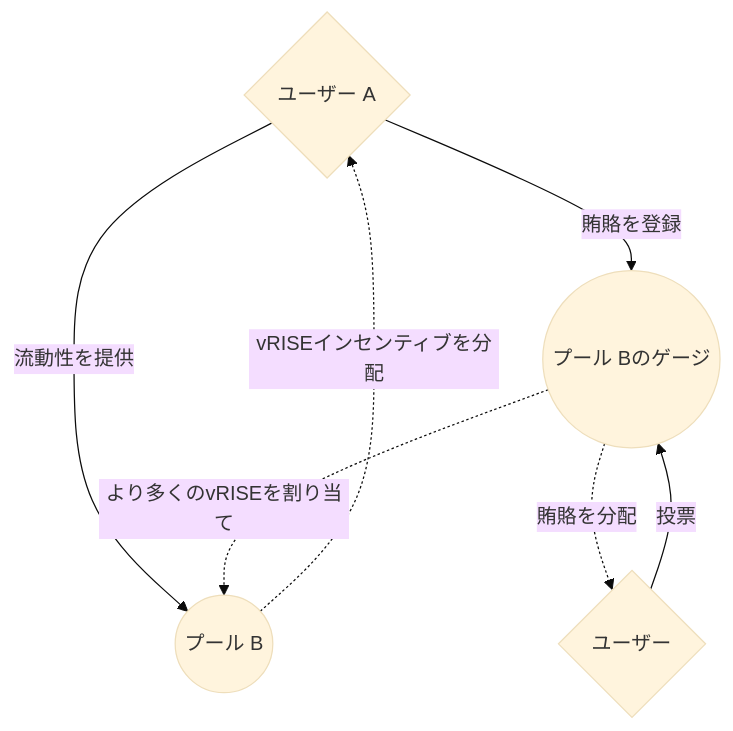
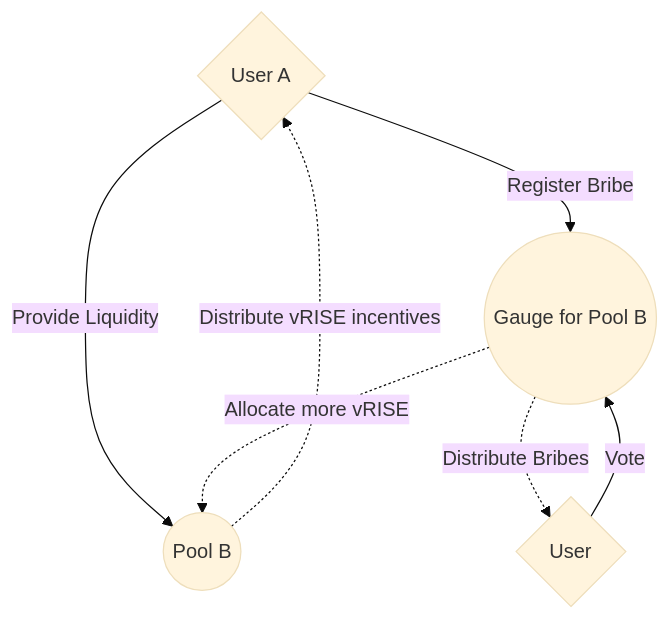
The first of 2 diagrams in ja/learn/sunrise/liquidity-incentive.md (sunriselayer/gitbook), drawn with Mermaid (base theme) before and after one commit. The commit also changed other lines of this file and 19 other files, not shown here.

````diff
--- a/ja/learn/sunrise/liquidity-incentive.md
+++ b/ja/learn/sunrise/liquidity-incentive.md
@@ -57,9 +57,9 @@
 ```mermaid
 graph TD
-    A{ユーザー A}-->|流動性を提供|B((プール B))
-    A-->|賄賂を登録|C((プール Bのゲージ))
-    D{ユーザー}-->|投票|C
-    C-.->|賄賂を分配|D
-    C-.->|より多くのvRISEを割り当て|B
-    B-.->|vRISEインセンティブを分配|A
+    A{User A}-->|Provide Liquidity|B((Pool B))
+    A-->|Register Bribe|C((Gauge for Pool B))
+    D{User}-->|Vote|C
+    C-.->|Distribute Bribes|D
+    C-.->|Allocate more vRISE|B
+    B-.->|Distribute vRISE incentives|A
 ```
````
